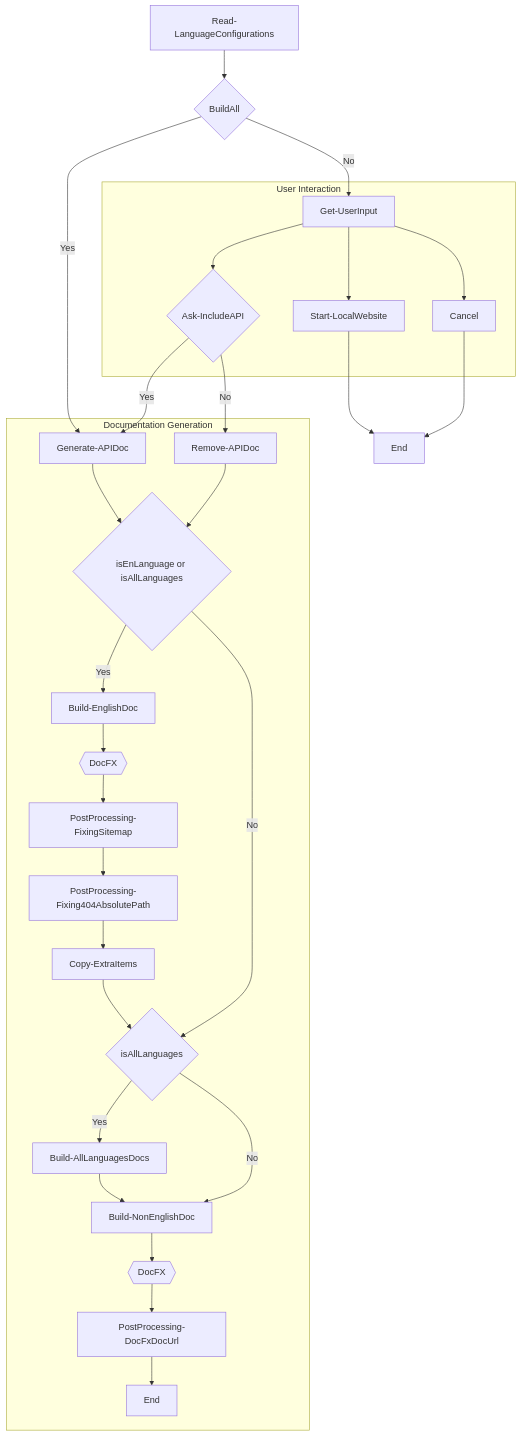
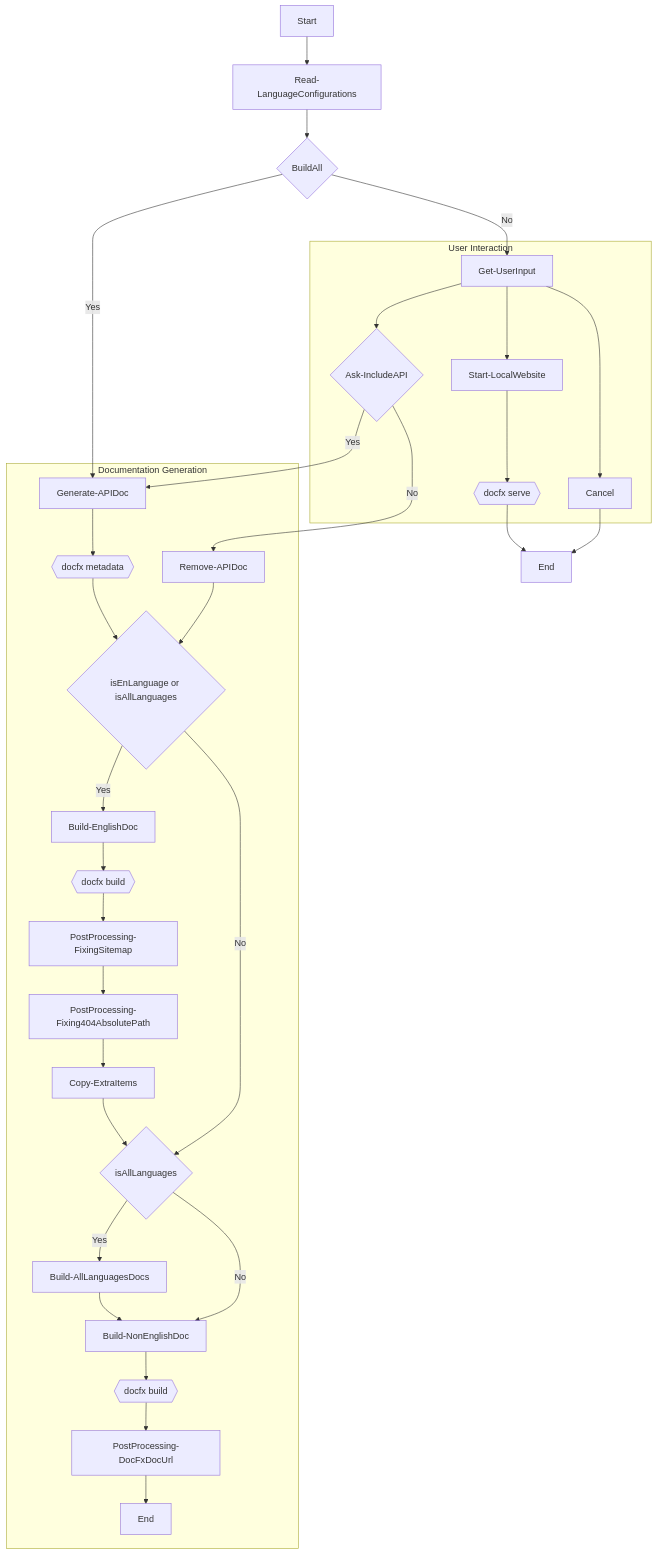
Before and after one commit to NexStandard/stride-docs-next: the diagram in wiki/How-Stride-Docs-Work.md, drawn with Mermaid. The commit also changed other lines of this file, not shown here.

````diff
--- a/wiki/How-Stride-Docs-Work.md
+++ b/wiki/How-Stride-Docs-Work.md
@@ -30,55 +69,56 @@
 ``` mermaid
 %% Define styles
 
 %% Main Graph
 graph TB
 
 %% Nodes
+    Start[Start]
     A[Read-LanguageConfigurations]
     B{BuildAll}
     C[Get-UserInput]
     D[Generate-APIDoc]
     E{Ask-IncludeAPI}
     End[End]
     F[Start-LocalWebsite]
     G[Cancel]
     H[Remove-APIDoc]
     M{isEnLanguage or isAllLanguages}
     N[Build-EnglishDoc]
     O[PostProcessing-FixingSitemap]
     O1[PostProcessing-Fixing404AbsolutePath]
     P[Copy-ExtraItems]
     R{isAllLanguages}
     S[Build-AllLanguagesDocs]
     T[Build-NonEnglishDoc]
     Y[PostProcessing-DocFxDocUrl]
     Z[End]
 
 %% Edges
-    A --> B
+    Start --> A --> B
     B -->|Yes| D
     B -->|No| C
     subgraph User Interaction
     C --> E
-    C --> F
+    C --> F --> F1{{docfx serve}}
     C --> G
     end
-    F --> End
+    F1 --> End
     G --> End
     E -->|Yes| D
     E -->|No| H
     subgraph Documentation Generation
     H --> M
-    D --> M
+    D --> D1{{docfx metadata}} --> M
     M -->|Yes| N
     M -->|No| R
-    N --> DocFX{{DocFX}} --> O --> O1--> P
+    N --> DocFX{{docfx build}} --> O --> O1--> P
     P --> R
     R -->|Yes| S
     R -->|No| T
     S --> T
-    T --> X{{DocFX}}
+    T --> X{{docfx build}}
     X --> Y
     Y --> Z
     end
 ```
````
